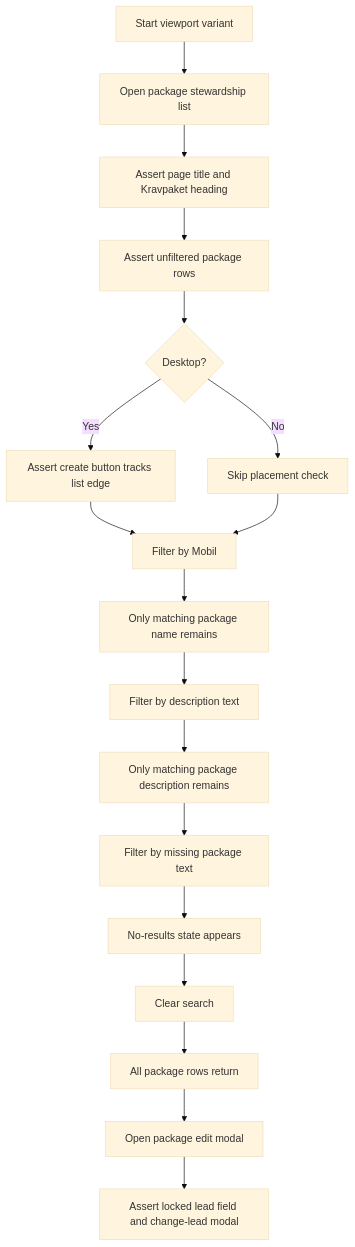
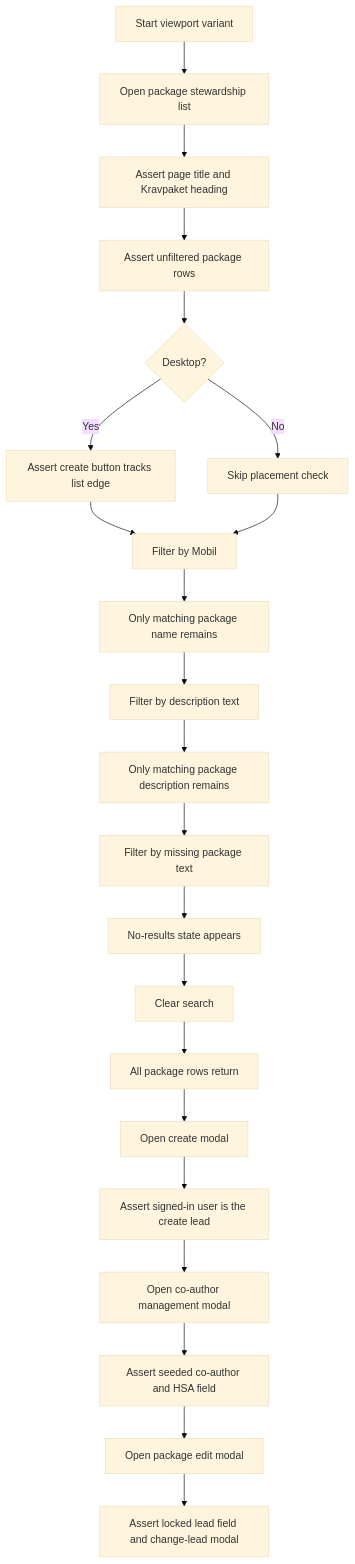
One commit to viscalyx/Kravhantering changed the first of 3 diagrams in tests/integration/requirement-packages-list.md. Above: the diagram before and after it, drawn with Mermaid (base theme). The commit also changed other lines of this file and 247 other files, not shown here.

````diff
--- a/tests/integration/requirement-packages-list.md
+++ b/tests/integration/requirement-packages-list.md
@@ -15,20 +15,24 @@
 ```mermaid
 flowchart TD
     A[Start viewport variant] --> B[Open package stewardship list]
     B --> C[Assert page title and Kravpaket heading]
     C --> D[Assert unfiltered package rows]
     D --> E{Desktop?}
     E -- Yes --> F[Assert create button tracks list edge]
     E -- No --> G[Skip placement check]
     F --> H[Filter by Mobil]
     G --> H
     H --> I[Only matching package name remains]
     I --> J[Filter by description text]
     J --> K[Only matching package description remains]
     K --> L[Filter by missing package text]
     L --> M[No-results state appears]
     M --> N[Clear search]
     N --> O[All package rows return]
-    O --> P[Open package edit modal]
-    P --> Q[Assert locked lead field and change-lead modal]
+    O --> P[Open create modal]
+    P --> Q[Assert signed-in user is the create lead]
+    Q --> R[Open co-author management modal]
+    R --> S[Assert seeded co-author and HSA field]
+    S --> T[Open package edit modal]
+    T --> U[Assert locked lead field and change-lead modal]
 ```
````
